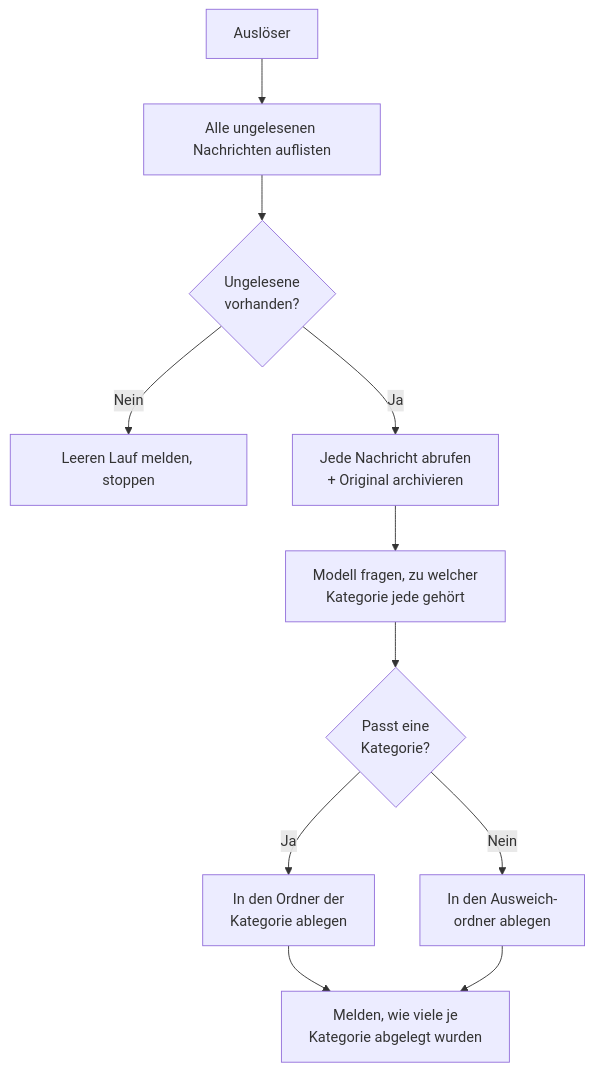
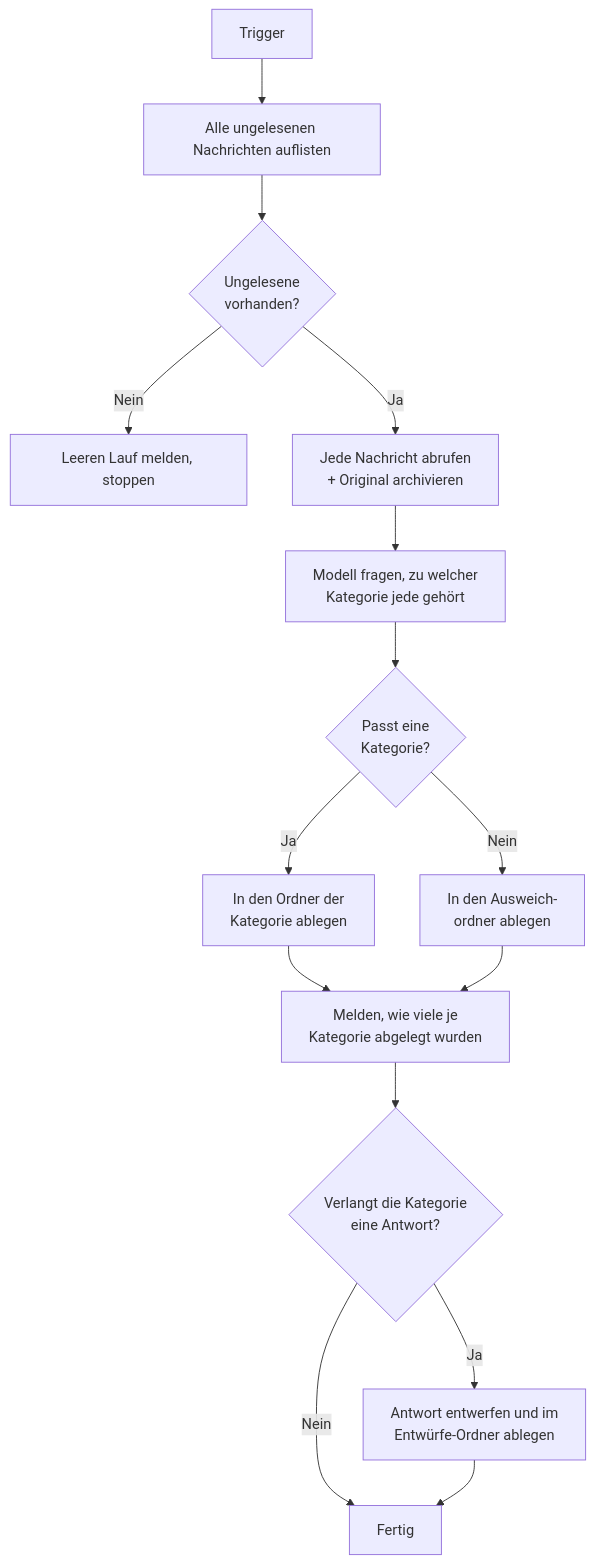
Before and after one commit to bbvch-ai/aihub-core: the diagram in docs/docs/2_platform/5_agents/12_email_classification_agent/index.de.md, drawn with Mermaid. The commit also changed other lines of this file and 16 other files, not shown here.

````diff
--- a/docs/docs/2_platform/5_agents/12_email_classification_agent/index.de.md
+++ b/docs/docs/2_platform/5_agents/12_email_classification_agent/index.de.md
@@ -35,13 +36,17 @@
 ```mermaid
 flowchart TD
-    A[Auslöser] --> B[Alle ungelesenen Nachrichten auflisten]
+    A[Trigger] --> B[Alle ungelesenen Nachrichten auflisten]
     B --> C{Ungelesene<br/>vorhanden?}
     C -- Nein --> D[Leeren Lauf melden, stoppen]
     C -- Ja --> E[Jede Nachricht abrufen<br/>+ Original archivieren]
     E --> F[Modell fragen, zu welcher<br/>Kategorie jede gehört]
     F --> G{Passt eine<br/>Kategorie?}
     G -- Ja --> H[In den Ordner der<br/>Kategorie ablegen]
     G -- Nein --> I[In den Ausweich-<br/>ordner ablegen]
     H --> J[Melden, wie viele je<br/>Kategorie abgelegt wurden]
     I --> J
+    J --> K{Verlangt die Kategorie<br/>eine Antwort?}
+    K -- Nein --> L[Fertig]
+    K -- Ja --> M[Antwort entwerfen und im<br/>Entwürfe-Ordner ablegen]
+    M --> L
 ```
````
